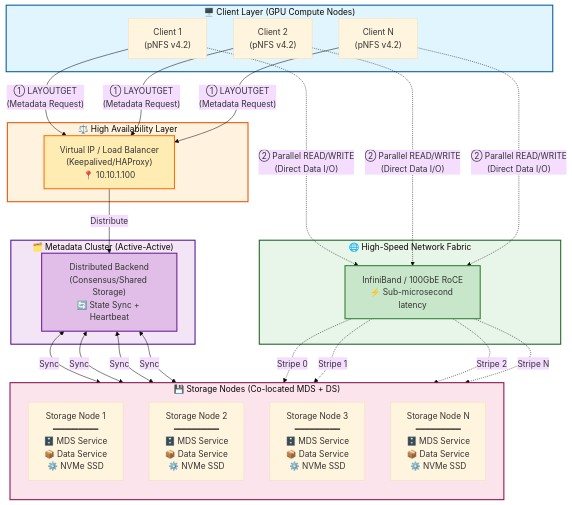
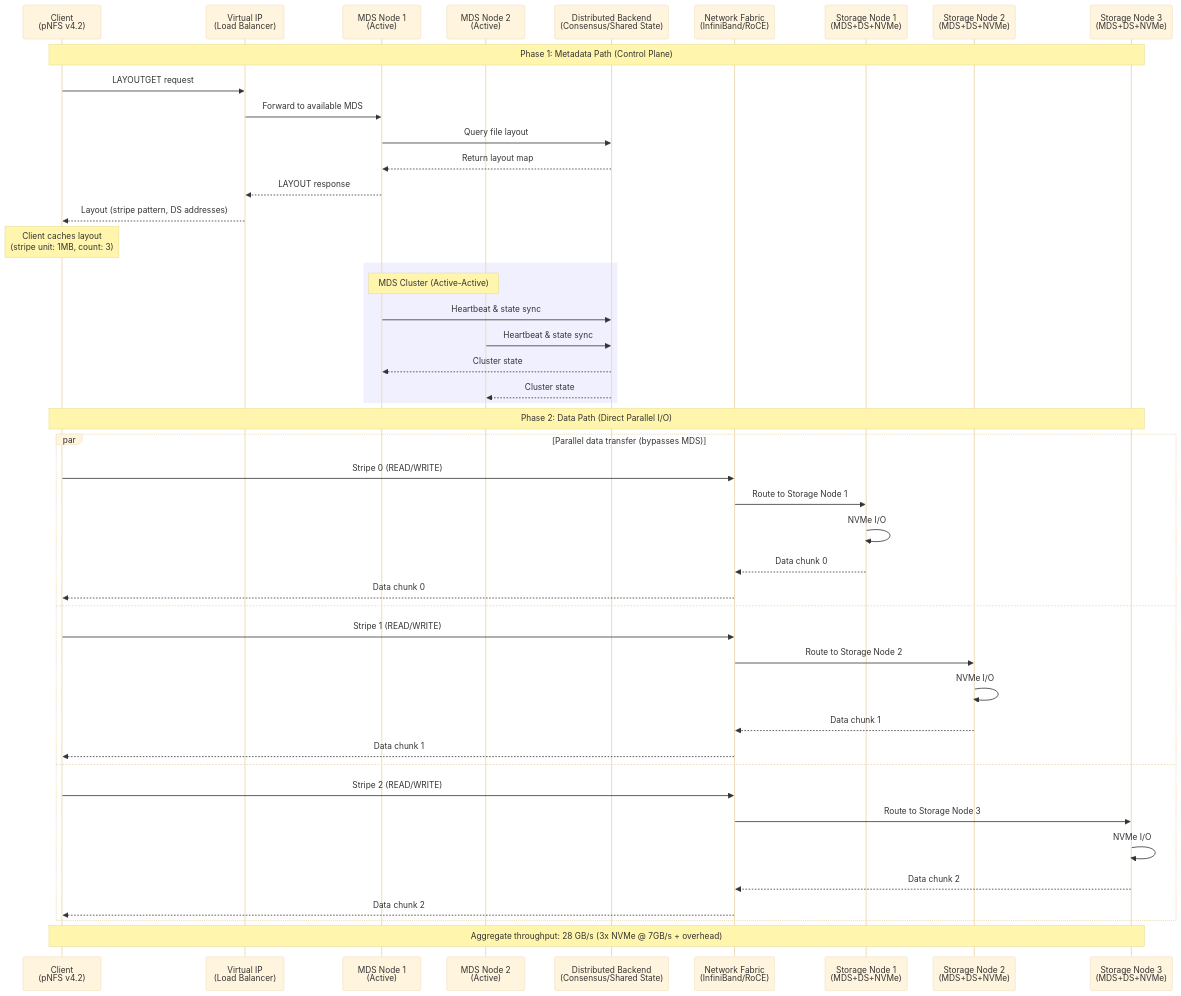
The first of 4 diagrams in docs/blog/posts/pnfs-distributed-storage-architecture.md (alfredojrc/digital-garden), drawn with Mermaid (base theme) before and after one commit. The commit also changed other lines of this file and 6 other files, not shown here.

````diff
--- a/docs/blog/posts/pnfs-distributed-storage-architecture.md
+++ b/docs/blog/posts/pnfs-distributed-storage-architecture.md
@@ -46,58 +46,54 @@
 ```mermaid
-graph TB
-    subgraph Clients["🖥️ Client Layer (GPU Compute Nodes)"]
-        C1["Client 1<br/>(pNFS v4.2)"]
-        C2["Client 2<br/>(pNFS v4.2)"]
-        CN["Client N<br/>(pNFS v4.2)"]
+sequenceDiagram
+    participant Client as Client<br/>(pNFS v4.2)
+    participant VIP as Virtual IP<br/>(Load Balancer)
+    participant MDS1 as MDS Node 1<br/>(Active)
+    participant MDS2 as MDS Node 2<br/>(Active)
+    participant Backend as Distributed Backend<br/>(Consensus/Shared State)
+    participant Fabric as Network Fabric<br/>(InfiniBand/RoCE)
+    participant DS1 as Storage Node 1<br/>(MDS+DS+NVMe)
+    participant DS2 as Storage Node 2<br/>(MDS+DS+NVMe)
+    participant DS3 as Storage Node 3<br/>(MDS+DS+NVMe)
+
+    Note over Client,DS3: Phase 1: Metadata Path (Control Plane)
+
+    Client->>VIP: LAYOUTGET request
+    VIP->>MDS1: Forward to available MDS
+    MDS1->>Backend: Query file layout
+    Backend-->>MDS1: Return layout map
+    MDS1-->>VIP: LAYOUT response
+    VIP-->>Client: Layout (stripe pattern, DS addresses)
+    Note over Client: Client caches layout<br/>(stripe unit: 1MB, count: 3)
+
+    rect rgb(240, 240, 255)
+        Note over MDS1,MDS2: MDS Cluster (Active-Active)
+        MDS1->>Backend: Heartbeat & state sync
+        MDS2->>Backend: Heartbeat & state sync
+        Backend-->>MDS1: Cluster state
+        Backend-->>MDS2: Cluster state
     end
 
-    subgraph VIP["⚖️ High Availability Layer"]
-        LB["Virtual IP / Load Balancer<br/>(Keepalived/HAProxy)<br/>📍 10.10.1.100"]
+    Note over Client,DS3: Phase 2: Data Path (Direct Parallel I/O)
+
+    par Parallel data transfer (bypasses MDS)
+        Client->>Fabric: Stripe 0 (READ/WRITE)
+        Fabric->>DS1: Route to Storage Node 1
+        DS1->>DS1: NVMe I/O
+        DS1-->>Fabric: Data chunk 0
+        Fabric-->>Client: Data chunk 0
+    and
+        Client->>Fabric: Stripe 1 (READ/WRITE)
+        Fabric->>DS2: Route to Storage Node 2
+        DS2->>DS2: NVMe I/O
+        DS2-->>Fabric: Data chunk 1
+        Fabric-->>Client: Data chunk 1
+    and
+        Client->>Fabric: Stripe 2 (READ/WRITE)
+        Fabric->>DS3: Route to Storage Node 3
+        DS3->>DS3: NVMe I/O
+        DS3-->>Fabric: Data chunk 2
+        Fabric-->>Client: Data chunk 2
     end
 
-    subgraph MDSCluster["🗂️ Metadata Cluster (Active-Active)"]
-        Backend["Distributed Backend<br/>(Consensus/Shared Storage)<br/>🔄 State Sync + Heartbeat"]
-    end
-
-    subgraph Network["🌐 High-Speed Network Fabric"]
-        Fabric["InfiniBand / 100GbE RoCE<br/>⚡ Sub-microsecond latency"]
-    end
-
-    subgraph Storage["💾 Storage Nodes (Co-located MDS + DS)"]
-        direction TB
-        S1["Storage Node 1<br/>━━━━━━━━━<br/>🗄️ MDS Service<br/>📦 Data Service<br/>⚙️ NVMe SSD"]
-        S2["Storage Node 2<br/>━━━━━━━━━<br/>🗄️ MDS Service<br/>📦 Data Service<br/>⚙️ NVMe SSD"]
-        S3["Storage Node 3<br/>━━━━━━━━━<br/>🗄️ MDS Service<br/>📦 Data Service<br/>⚙️ NVMe SSD"]
-        SN["Storage Node N<br/>━━━━━━━━━<br/>🗄️ MDS Service<br/>📦 Data Service<br/>⚙️ NVMe SSD"]
-    end
-
-    %% Metadata Path (Phase 1)
-    C1 -->|"①  LAYOUTGET<br/>(Metadata Request)"| LB
-    C2 -->|"①  LAYOUTGET<br/>(Metadata Request)"| LB
-    CN -->|"①  LAYOUTGET<br/>(Metadata Request)"| LB
-
-    LB -->|Distribute| Backend
-    Backend <-->|Sync| S1
-    Backend <-->|Sync| S2
-    Backend <-->|Sync| S3
-    Backend <-->|Sync| SN
-
-    %% Data Path (Phase 2)
-    C1 -.->|"②  Parallel READ/WRITE<br/>(Direct Data I/O)"| Fabric
-    C2 -.->|"②  Parallel READ/WRITE<br/>(Direct Data I/O)"| Fabric
-    CN -.->|"②  Parallel READ/WRITE<br/>(Direct Data I/O)"| Fabric
-
-    Fabric -.->|Stripe 0| S1
-    Fabric -.->|Stripe 1| S2
-    Fabric -.->|Stripe 2| S3
-    Fabric -.->|Stripe N| SN
-
-    style Clients fill:#e1f5ff,stroke:#01579b,stroke-width:2px
-    style VIP fill:#fff3e0,stroke:#e65100,stroke-width:2px
-    style MDSCluster fill:#f3e5f5,stroke:#4a148c,stroke-width:2px
-    style Network fill:#e8f5e9,stroke:#1b5e20,stroke-width:2px
-    style Storage fill:#fce4ec,stroke:#880e4f,stroke-width:2px
-    style LB fill:#ffecb3,stroke:#ff6f00,stroke-width:2px
-    style Backend fill:#e1bee7,stroke:#6a1b9a,stroke-width:2px
-    style Fabric fill:#c8e6c9,stroke:#2e7d32,stroke-width:2px
+    Note over Client,DS3: Aggregate throughput: 28 GB/s (3x NVMe @ 7GB/s + overhead)
 ```
````
